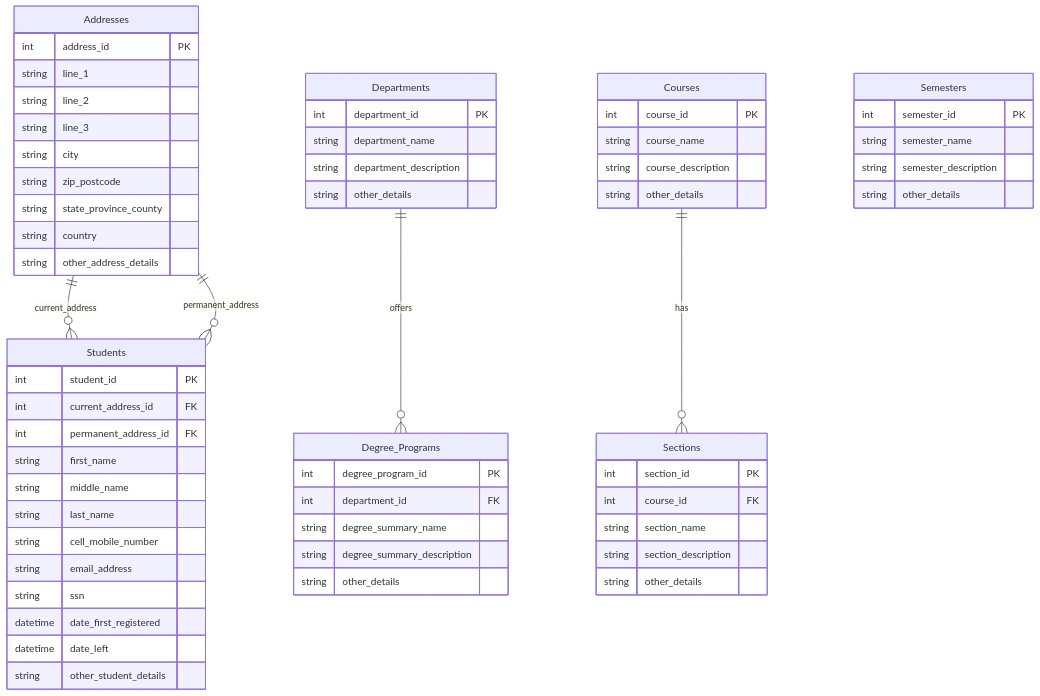
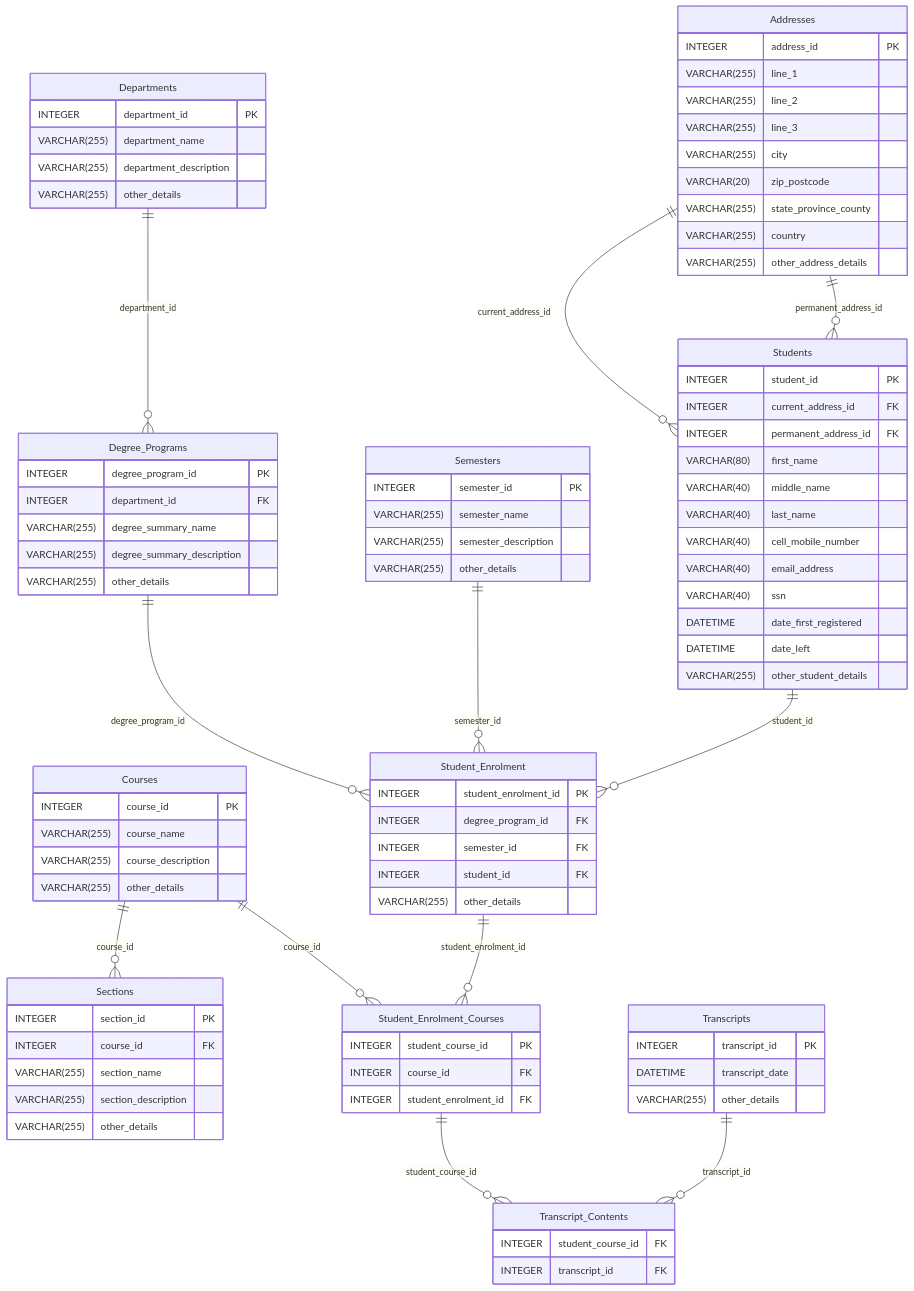
Before and after one commit to brucee63/natural-lang-to-sql: the diagram in README.md, drawn with Mermaid. The commit also changed 1 other file, not shown here.

Commit message:
updated erd, added table descriptions

````diff
--- a/README.md
+++ b/README.md
@@ -33,71 +33,105 @@
 ```mermaid
 erDiagram
-    Addresses ||--o{ Students : "current_address"
-    Addresses ||--o{ Students : "permanent_address"
-    Departments ||--o{ Degree_Programs : "offers"
-    Courses ||--o{ Sections : "has"
-
+    %% Entities and Attributes
     Addresses {
-        int address_id PK
-        string line_1
-        string line_2
-        string line_3
-        string city
-        string zip_postcode
-        string state_province_county
-        string country
-        string other_address_details
+        INTEGER address_id PK
+        VARCHAR(255) line_1
+        VARCHAR(255) line_2
+        VARCHAR(255) line_3
+        VARCHAR(255) city
+        VARCHAR(20) zip_postcode
+        VARCHAR(255) state_province_county
+        VARCHAR(255) country
+        VARCHAR(255) other_address_details
     }
 
     Courses {
-        int course_id PK
-        string course_name
-        string course_description
-        string other_details
+        INTEGER course_id PK
+        VARCHAR(255) course_name
+        VARCHAR(255) course_description
+        VARCHAR(255) other_details
     }
 
     Departments {
-        int department_id PK
-        string department_name
-        string department_description
-        string other_details
+        INTEGER department_id PK
+        VARCHAR(255) department_name
+        VARCHAR(255) department_description
+        VARCHAR(255) other_details
     }
 
     Degree_Programs {
-        int degree_program_id PK
-        int department_id FK
-        string degree_summary_name
-        string degree_summary_description
-        string other_details
+        INTEGER degree_program_id PK
+        INTEGER department_id FK
+        VARCHAR(255) degree_summary_name
+        VARCHAR(255) degree_summary_description
+        VARCHAR(255) other_details
     }
 
     Sections {
-        int section_id PK
-        int course_id FK
-        string section_name
-        string section_description
-        string other_details
+        INTEGER section_id PK
+        INTEGER course_id FK
+        VARCHAR(255) section_name
+        VARCHAR(255) section_description
+        VARCHAR(255) other_details
     }
 
     Semesters {
-        int semester_id PK
-        string semester_name
-        string semester_description
-        string other_details
+        INTEGER semester_id PK
+        VARCHAR(255) semester_name
+        VARCHAR(255) semester_description
+        VARCHAR(255) other_details
     }
 
     Students {
-        int student_id PK
-        int current_address_id FK
-        int permanent_address_id FK
-        string first_name
-        string middle_name
-        string last_name
-        string cell_mobile_number
-        string email_address
-        string ssn
-        datetime date_first_registered
-        datetime date_left
-        string other_student_details
+        INTEGER student_id PK
+        INTEGER current_address_id FK
+        INTEGER permanent_address_id FK
+        VARCHAR(80) first_name
+        VARCHAR(40) middle_name
+        VARCHAR(40) last_name
+        VARCHAR(40) cell_mobile_number
+        VARCHAR(40) email_address
+        VARCHAR(40) ssn
+        DATETIME date_first_registered
+        DATETIME date_left
+        VARCHAR(255) other_student_details
     }
+
+    Student_Enrolment {
+        INTEGER student_enrolment_id PK
+        INTEGER degree_program_id FK
+        INTEGER semester_id FK
+        INTEGER student_id FK
+        VARCHAR(255) other_details
+    }
+
+    Student_Enrolment_Courses {
+        INTEGER student_course_id PK
+        INTEGER course_id FK
+        INTEGER student_enrolment_id FK
+    }
+
+    Transcripts {
+        INTEGER transcript_id PK
+        DATETIME transcript_date
+        VARCHAR(255) other_details
+    }
+
+    Transcript_Contents {
+        INTEGER student_course_id FK
+        INTEGER transcript_id FK
+    }
+
+    %% Relationships
+    Addresses ||--o{ Students : "current_address_id"
+    Addresses ||--o{ Students : "permanent_address_id"
+    Departments ||--o{ Degree_Programs : "department_id"
+    Courses ||--o{ Sections : "course_id"
+    Courses ||--o{ Student_Enrolment_Courses : "course_id"
+    Degree_Programs ||--o{ Student_Enrolment : "degree_program_id"
+    Semesters ||--o{ Student_Enrolment : "semester_id"
+    Students ||--o{ Student_Enrolment : "student_id"
+    Student_Enrolment ||--o{ Student_Enrolment_Courses : "student_enrolment_id"
+    Student_Enrolment_Courses ||--o{ Transcript_Contents : "student_course_id"
+    Transcripts ||--o{ Transcript_Contents : "transcript_id"
 ```
````
